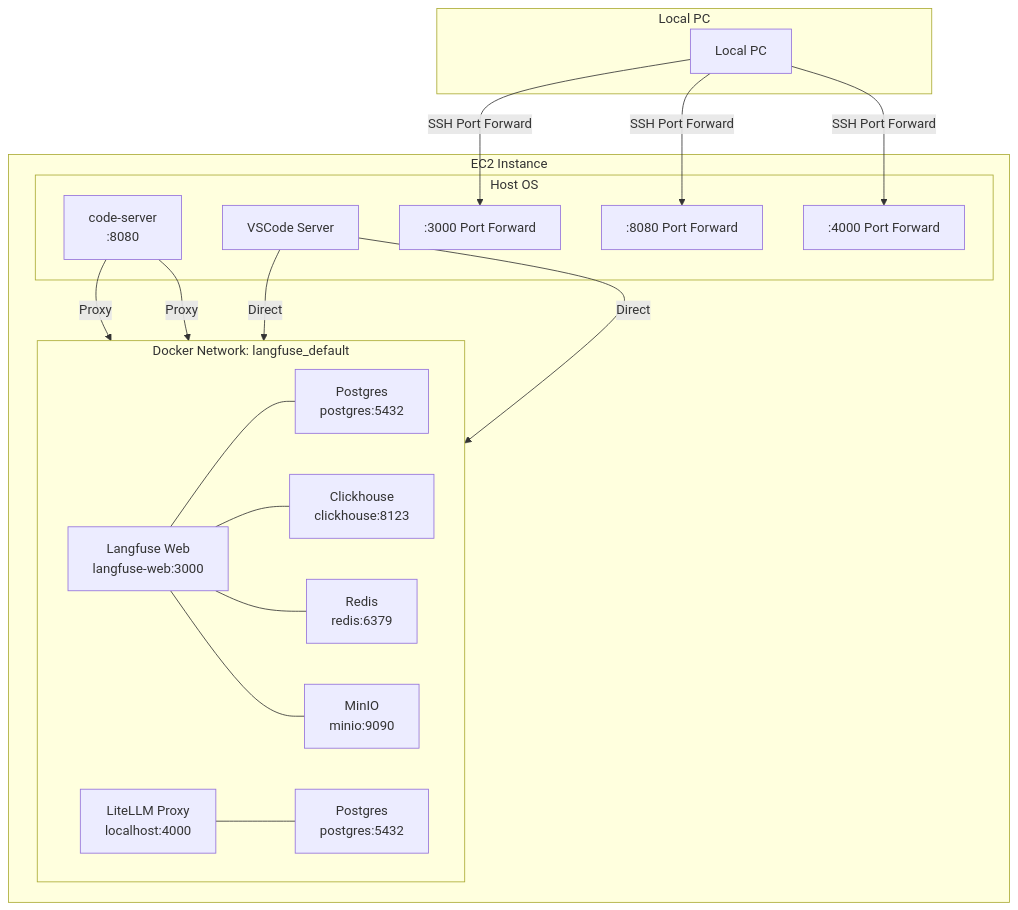
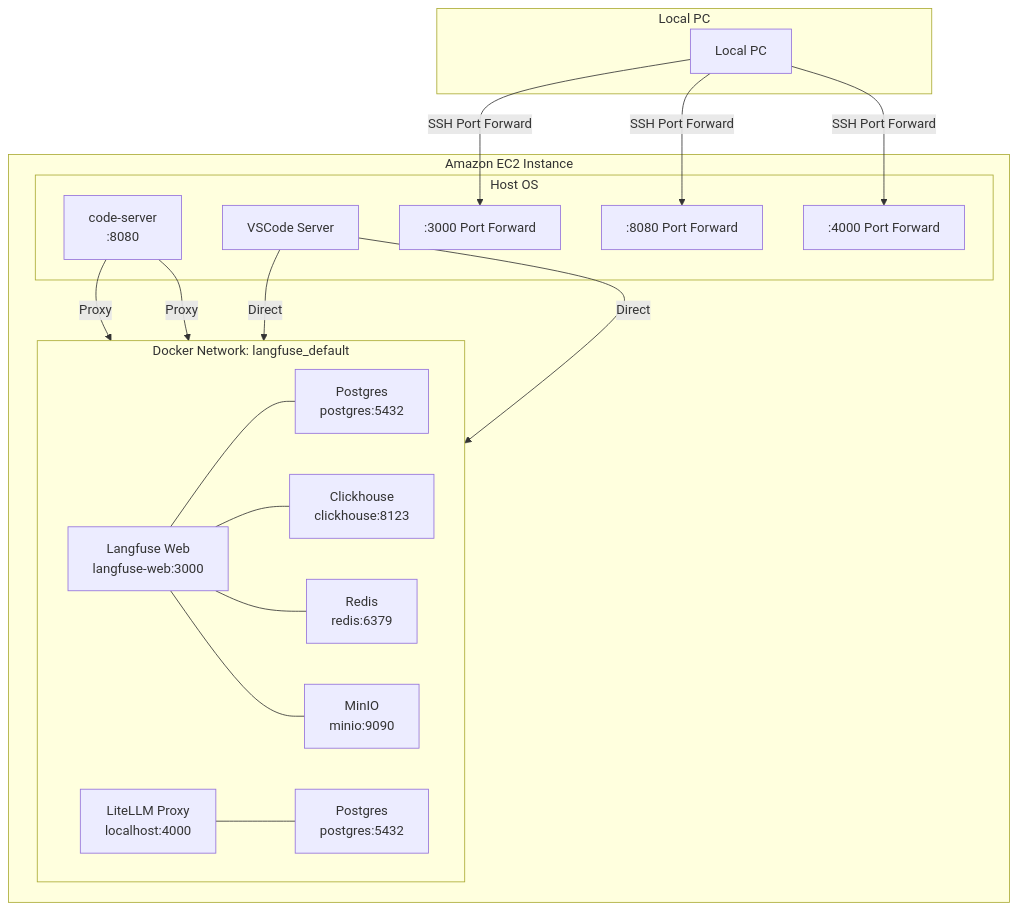
Before and after one commit to littlemex/aws-samples: the diagram in workshops/ai-coding-workshop/cline/4.langfuse/README.md, drawn with Mermaid. The commit also changed other lines of this file and 4 other files, not shown here.

````diff
--- a/workshops/ai-coding-workshop/cline/4.langfuse/README.md
+++ b/workshops/ai-coding-workshop/cline/4.langfuse/README.md
@@ -20,42 +20,42 @@
 ```mermaid
 graph TB
     subgraph "Local PC"
         MB[Local PC]
     end
 
-    subgraph "EC2 Instance"
+    subgraph "Amazon EC2 Instance"
         subgraph "Host OS"
             CS[code-server<br/>:8080]
             VSC[VSCode Server]
             PF1[":3000 Port Forward"]
             PF2[":8080 Port Forward"]
             PF3[":4000 Port Forward"]
         end
 
         subgraph "Docker Network: langfuse_default"
             direction LR
             LF[Langfuse Web<br/>langfuse-web:3000]
             PG1[Postgres<br/>postgres:5432]
             CH[Clickhouse<br/>clickhouse:8123]
             RD[Redis<br/>redis:6379]
             MN[MinIO<br/>minio:9090]
             LL[LiteLLM Proxy<br/>localhost:4000]
             PG2[Postgres<br/>postgres:5432]
             
             LF --- PG1
             LF --- CH
             LF --- RD
             LF --- MN
             LL --- PG2
         end
 
         CS -- "Proxy" --> LF
         CS -- "Proxy" --> LL
         VSC -- "Direct" --> LF
         VSC -- "Direct" --> LL
     end
 
     MB -- "SSH Port Forward" --> PF1
     MB -- "SSH Port Forward" --> PF2
     MB -- "SSH Port Forward" --> PF3
 ```
````
